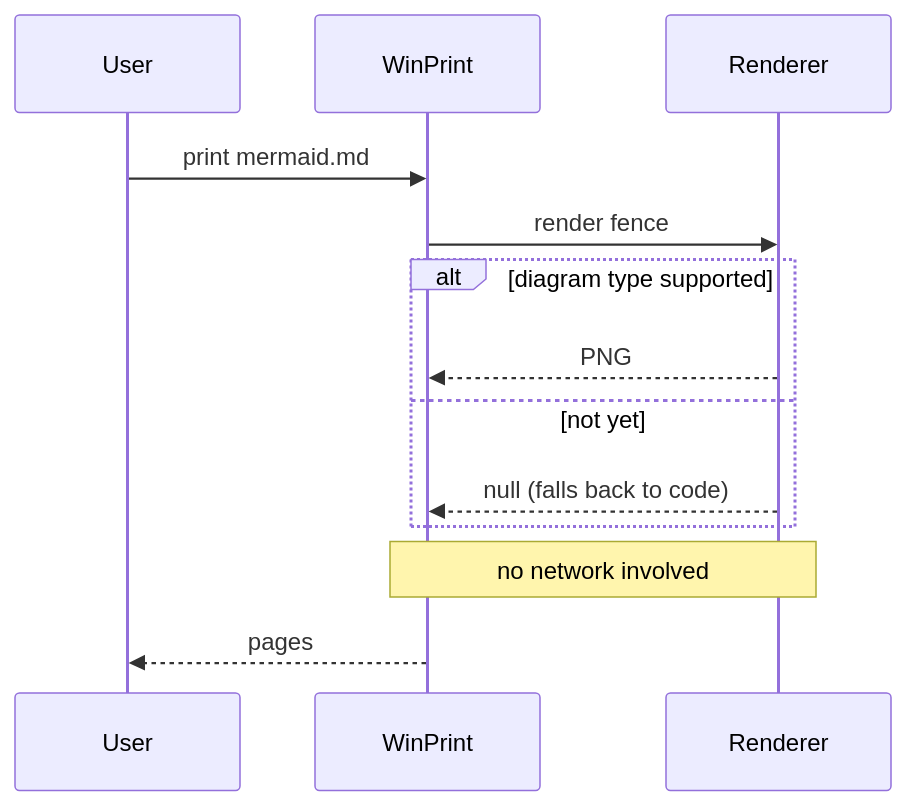
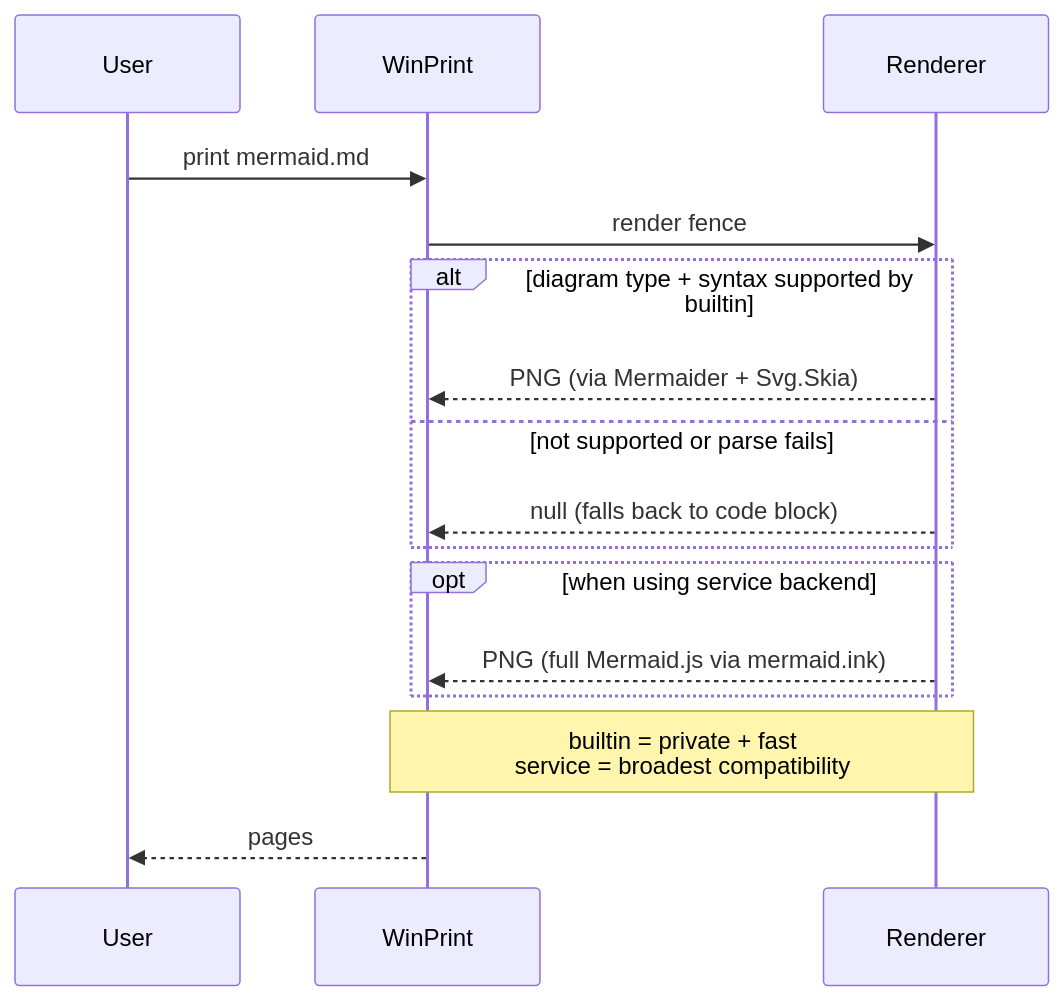
Before and after one commit to tig/winprint: the second of 26 diagrams in testfiles/mermaid.md, drawn with Mermaid. The commit also changed other lines of this file and 8 other files, not shown here.

First line of the commit message:
chore(mermaid): switch default backend back to service (mermaid.ink)

````diff
--- a/testfiles/mermaid.md
+++ b/testfiles/mermaid.md
@@ -32,15 +52,18 @@
 ```mermaid
 sequenceDiagram
     participant U as User
     participant W as WinPrint
     participant R as Renderer
     U->>W: print mermaid.md
     W->>R: render fence
-    alt diagram type supported
-        R-->>W: PNG
-    else not yet
-        R-->>W: null (falls back to code)
+    alt diagram type + syntax supported by builtin
+        R-->>W: PNG (via Mermaider + Svg.Skia)
+    else not supported or parse fails
+        R-->>W: null (falls back to code block)
     end
-    Note over W,R: no network involved
+    opt when using service backend
+        R-->>W: PNG (full Mermaid.js via mermaid.ink)
+    end
+    Note over W,R: builtin = private + fast<br/>service = broadest compatibility
     W-->>U: pages
 ```
````
